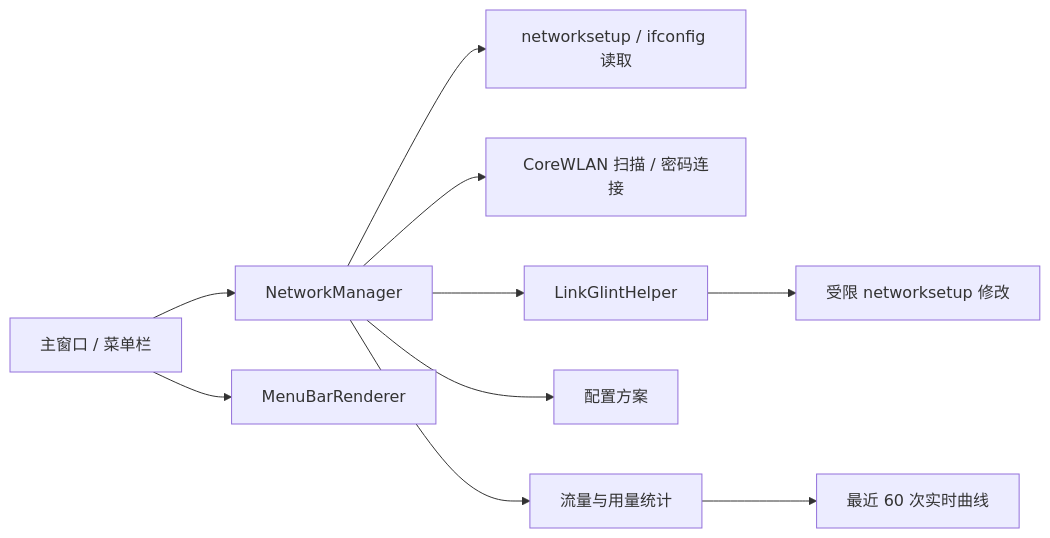
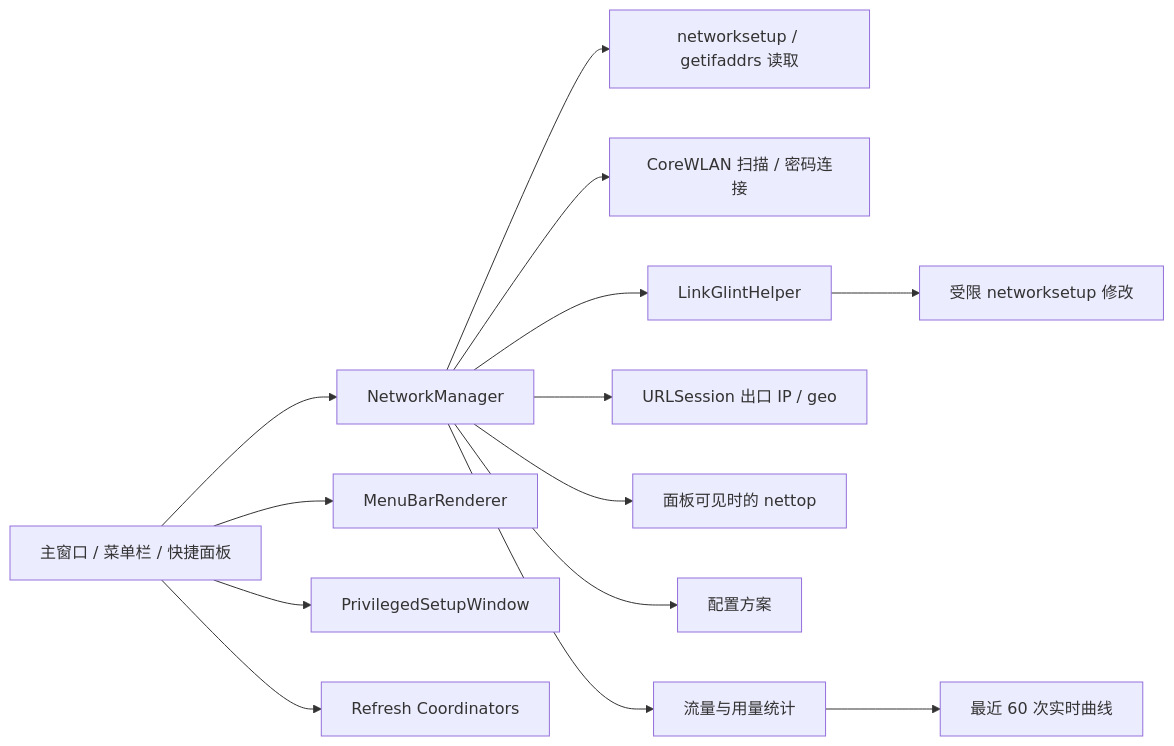
The diagram in docs/ARCHITECTURE.md (HarenaGodz/LinkGlint), drawn with Mermaid before and after one commit. The commit also changed other lines of this file and 43 other files, not shown here.

Commit message:
Improve LinkGlint monitoring, privilege flow, and structure

````diff
--- a/docs/ARCHITECTURE.md
+++ b/docs/ARCHITECTURE.md
@@ -19,12 +21,16 @@
 ```mermaid
 flowchart LR
-    UI[主窗口 / 菜单栏] --> Manager[NetworkManager]
+    UI[主窗口 / 菜单栏 / 快捷面板] --> Manager[NetworkManager]
     UI --> Renderer[MenuBarRenderer]
-    Manager --> Read[networksetup / ifconfig 读取]
+    UI --> Setup[PrivilegedSetupWindow]
+    UI --> Refresh[Refresh Coordinators]
+    Manager --> Read[networksetup / getifaddrs 读取]
     Manager --> WLAN[CoreWLAN 扫描 / 密码连接]
     Manager --> Helper[LinkGlintHelper]
+    Manager --> Egress[URLSession 出口 IP / geo]
+    Manager --> Process[面板可见时的 nettop]
     Helper --> Write[受限 networksetup 修改]
     Manager --> Profiles[配置方案]
     Manager --> Usage[流量与用量统计]
     Usage --> Chart[最近 60 次实时曲线]
 ```
````
